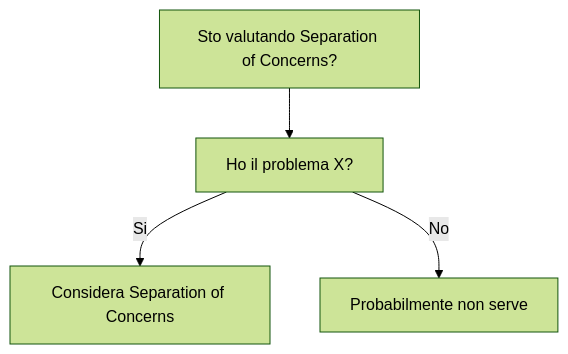
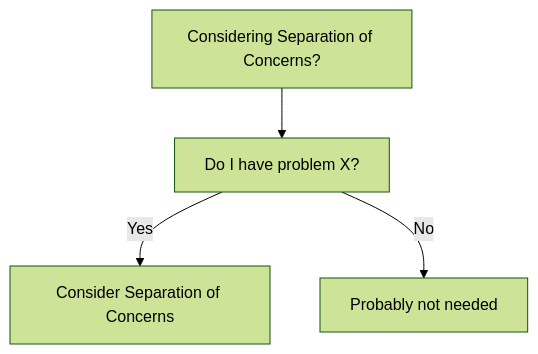
Before and after one commit to HxT9/Software-Dev-Wiki: the diagram in dev-wiki/01_Foundations/Separation_of_Concerns/When_To_Use.md, drawn with Mermaid (forest theme). The commit also changed other lines of this file and 3444 other files, not shown here.

````diff
--- a/dev-wiki/01_Foundations/Separation_of_Concerns/When_To_Use.md
+++ b/dev-wiki/01_Foundations/Separation_of_Concerns/When_To_Use.md
@@ -19,6 +19,6 @@
 ```mermaid
 flowchart TD
-  Q[Sto valutando Separation of Concerns?] --> Q1[Ho il problema X?]
-  Q1 -->|Si| OK[Considera Separation of Concerns]
-  Q1 -->|No| NO[Probabilmente non serve]
+  Q[Considering Separation of Concerns?] --> Q1[Do I have problem X?]
+  Q1 -->|Yes| OK[Consider Separation of Concerns]
+  Q1 -->|No| NO[Probably not needed]
 ```
````
